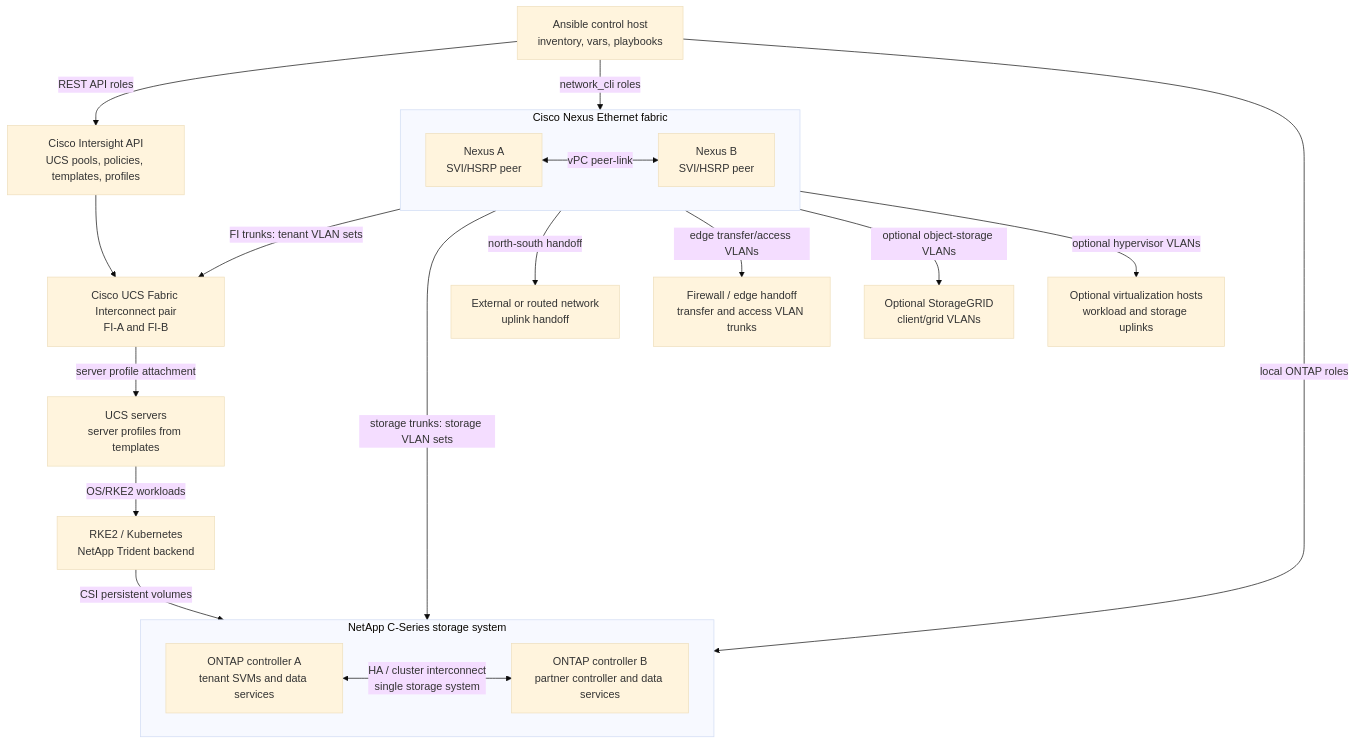
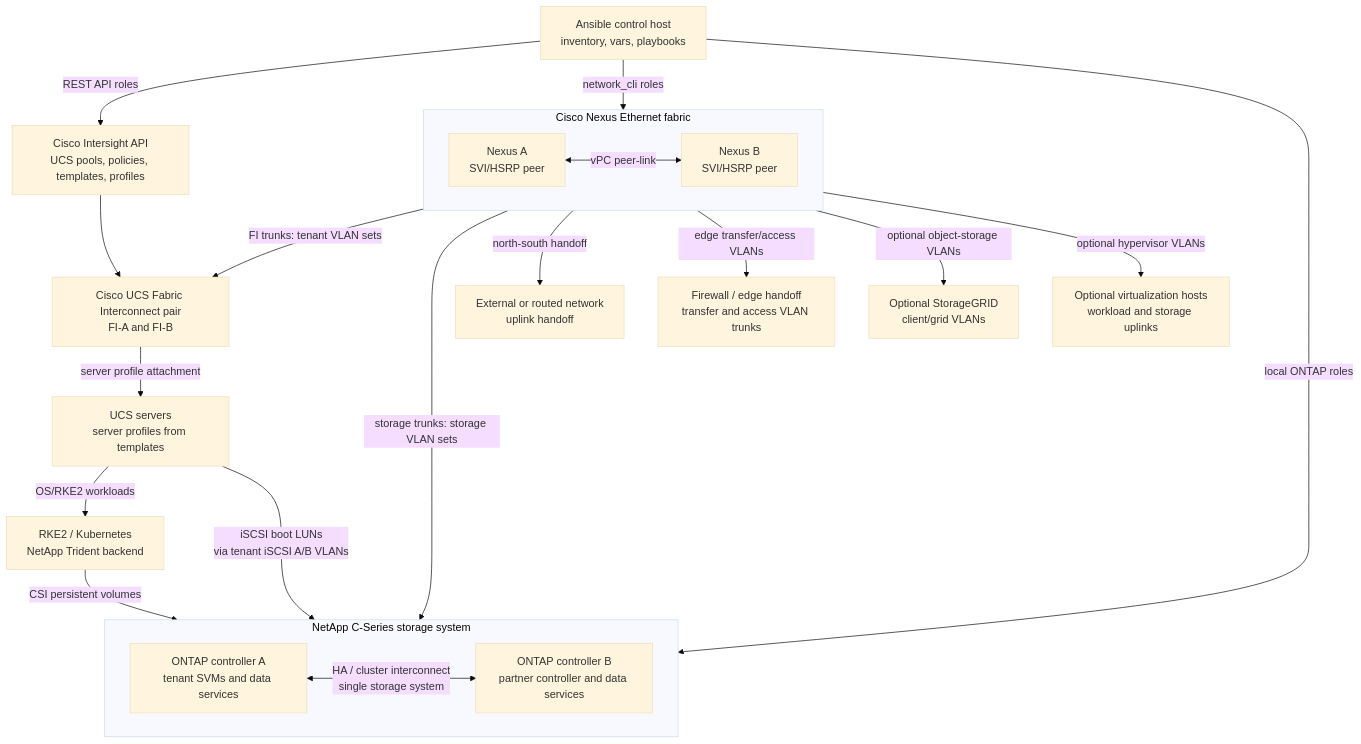
One commit to ukleidon/FlexPod-IMM-Rancher changed the first of 3 diagrams in docs/architecture-overview.md. Above: the diagram before and after it, drawn with Mermaid (base theme). The commit also changed other lines of this file and 2 other files, not shown here.

Commit message:
Document iSCSI boot LUN architecture

````diff
--- a/docs/architecture-overview.md
+++ b/docs/architecture-overview.md
@@ -20,38 +20,39 @@
 ```mermaid
 flowchart TB
   operator["Ansible control host<br/>inventory, vars, playbooks"]
   intersight["Cisco Intersight API<br/>UCS pools, policies, templates, profiles"]
 
   subgraph ethernet["Cisco Nexus Ethernet fabric"]
     nxa["Nexus A<br/>SVI/HSRP peer"]
     nxb["Nexus B<br/>SVI/HSRP peer"]
     nxa <-->|"vPC peer-link"| nxb
   end
 
   upstream["External or routed network<br/>uplink handoff"]
   firewall["Firewall / edge handoff<br/>transfer and access VLAN trunks"]
   fi["Cisco UCS Fabric Interconnect pair<br/>FI-A and FI-B"]
   ucs["UCS servers<br/>server profiles from templates"]
   subgraph storage["NetApp C-Series storage system"]
     storagea["ONTAP controller A<br/>tenant SVMs and data services"]
     storageb["ONTAP controller B<br/>partner controller and data services"]
     storagea <-->|"HA / cluster interconnect<br/>single storage system"| storageb
   end
   objectstore["Optional StorageGRID<br/>client/grid VLANs"]
   hypervisor["Optional virtualization hosts<br/>workload and storage uplinks"]
   k8s["RKE2 / Kubernetes<br/>NetApp Trident backend"]
 
   operator -->|"network_cli roles"| ethernet
   operator -->|"local ONTAP roles"| storage
   operator -->|"REST API roles"| intersight
   intersight --> fi
   fi -->|"server profile attachment"| ucs
   ethernet -->|"FI trunks: tenant VLAN sets"| fi
   ethernet -->|"storage trunks: storage VLAN sets"| storage
   ethernet -->|"north-south handoff"| upstream
   ethernet -->|"edge transfer/access VLANs"| firewall
   ethernet -->|"optional object-storage VLANs"| objectstore
   ethernet -->|"optional hypervisor VLANs"| hypervisor
+  ucs -->|"iSCSI boot LUNs<br/>via tenant iSCSI A/B VLANs"| storage
   ucs -->|"OS/RKE2 workloads"| k8s
   k8s -->|"CSI persistent volumes"| storage
 ```
````
